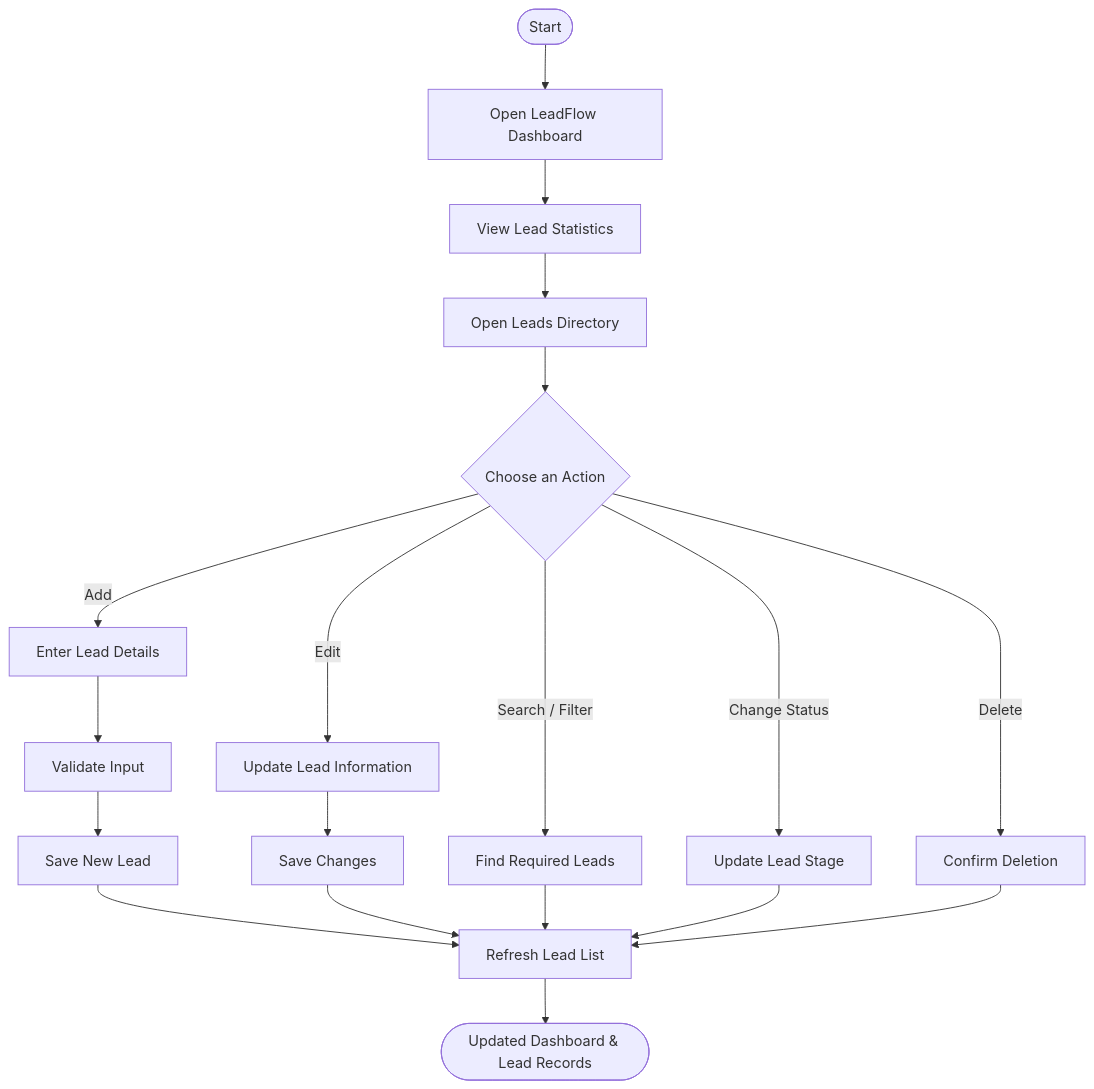
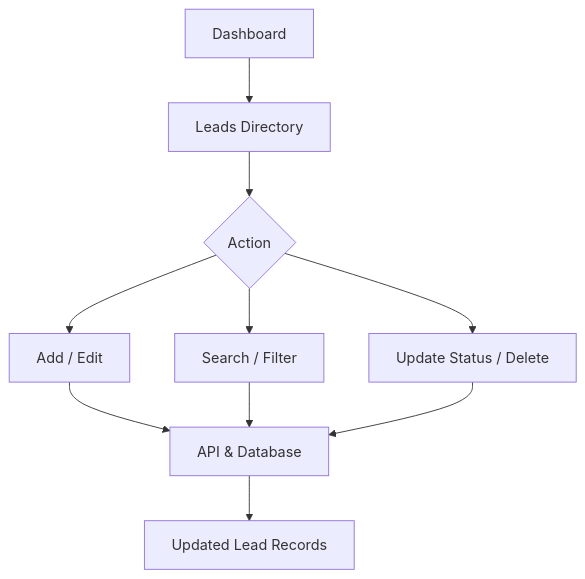
The second of 2 diagrams in README.md (madupojumounika/lead-manager), drawn with Mermaid before and after one commit. The commit also changed other lines of this file, not shown here.

````diff
--- a/README.md
+++ b/README.md
@@ -75,26 +65,12 @@
 ```mermaid
 flowchart TD
-    A(["Start"]) --> B["Open LeadFlow Dashboard"]
-    B --> C["View Lead Statistics"]
-    C --> D["Open Leads Directory"]
-    D --> E{"Choose an Action"}
-
-    E -->|"Add"| F["Enter Lead Details"]
-    F --> G["Validate Input"]
-    G --> H["Save New Lead"]
-
-    E -->|"Edit"| I["Update Lead Information"]
-    I --> J["Save Changes"]
-
-    E -->|"Search / Filter"| K["Find Required Leads"]
-    E -->|"Change Status"| L["Update Lead Stage"]
-    E -->|"Delete"| M["Confirm Deletion"]
-
-    H --> N["Refresh Lead List"]
-    J --> N
-    K --> N
-    L --> N
-    M --> N
-
-    N --> O(["Updated Dashboard & Lead Records"])
+    A["Dashboard"] --> B["Leads Directory"]
+    B --> C{"Action"}
+    C --> D["Add / Edit"]
+    C --> E["Search / Filter"]
+    C --> F["Update Status / Delete"]
+    D --> G["API & Database"]
+    E --> G
+    F --> G
+    G --> H["Updated Lead Records"]
 ```
````
